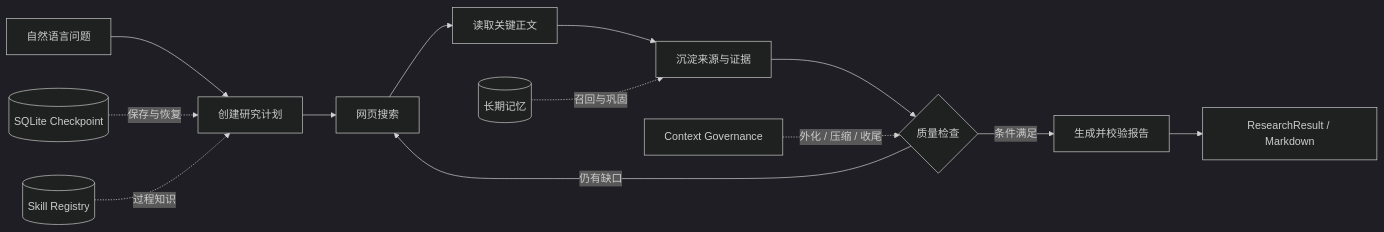
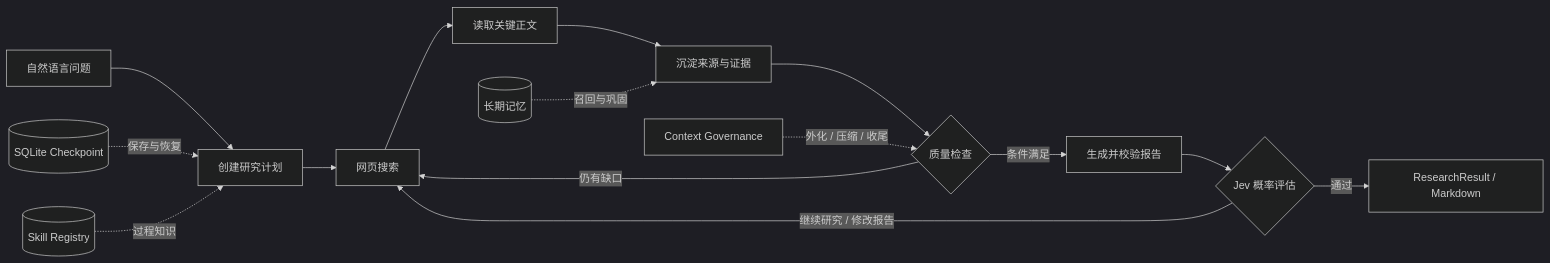
Before and after one commit to 1612535983/deepreseach-learing: the first of 2 diagrams in README.md, drawn with Mermaid (dark theme). The commit also changed other lines of this file and 2 other files, not shown here.

Commit message:
docs: document jev evaluation workflow

````diff
--- a/README.md
+++ b/README.md
@@ -61,16 +64,18 @@
 ```mermaid
 flowchart LR
     A[自然语言问题] --> B[创建研究计划]
     B --> C[网页搜索]
     C --> D[读取关键正文]
     D --> E[沉淀来源与证据]
     E --> F{质量检查}
     F -->|仍有缺口| C
     F -->|条件满足| G[生成并校验报告]
-    G --> H[ResearchResult / Markdown]
+    G --> M{Jev 概率评估}
+    M -->|通过| H[ResearchResult / Markdown]
+    M -->|继续研究 / 修改报告| C
 
     I[(SQLite Checkpoint)] -.保存与恢复.-> B
     J[(长期记忆)] -.召回与巩固.-> E
     L[(Skill Registry)] -.过程知识.-> B
     K[Context Governance] -.外化 / 压缩 / 收尾.-> F
 ```
````
